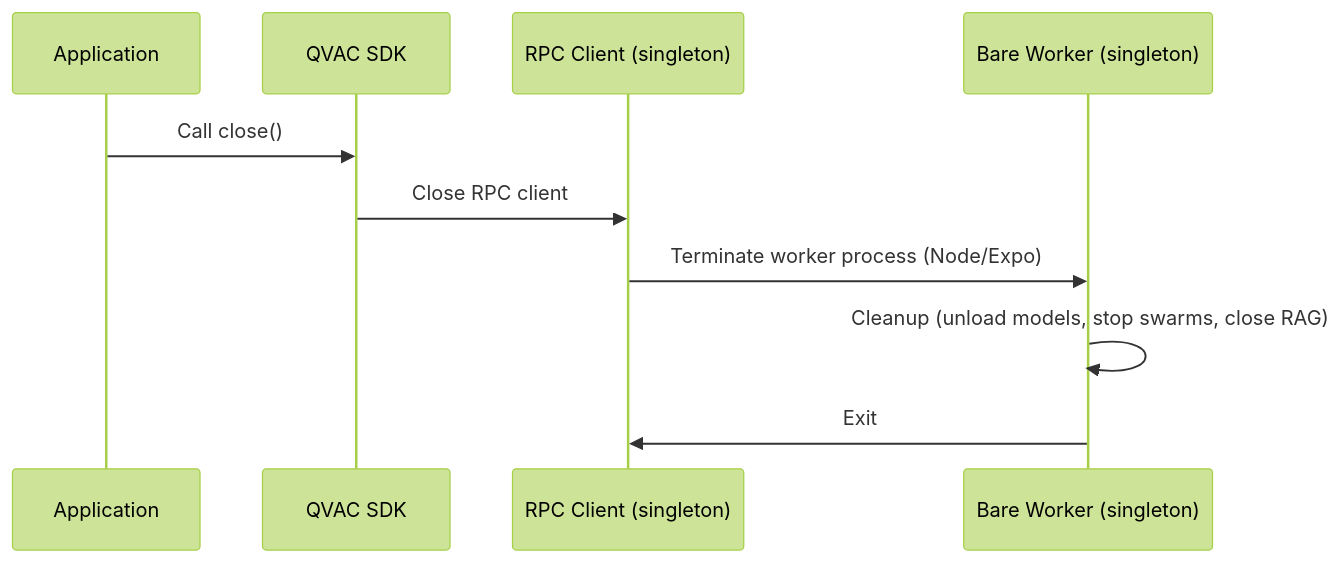
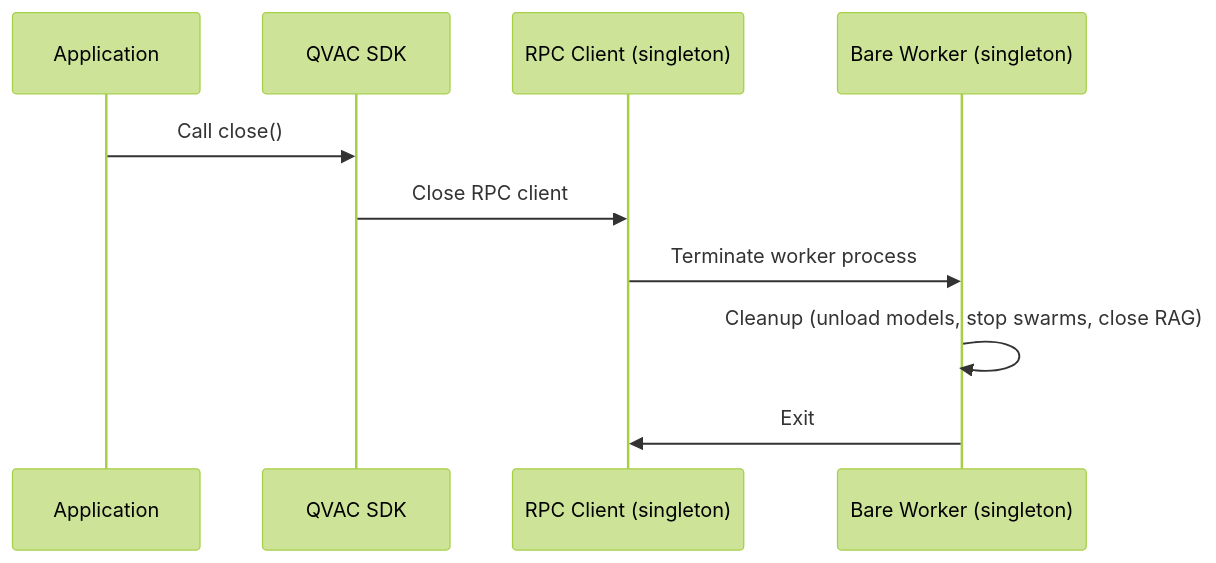
One commit to Zbig9000/qvac changed the fourth of 4 diagrams in docs/website/content/docs/about/how-it-works.mdx. Above: the diagram before and after it, drawn with Mermaid (forest theme). The commit also changed other lines of this file and 7 other files, not shown here.

````diff
--- a/docs/website/content/docs/about/how-it-works.mdx
+++ b/docs/website/content/docs/about/how-it-works.mdx
@@ -75,13 +75,13 @@
 ```mermaid
 sequenceDiagram
     participant App as Application
     participant SDK as QVAC SDK
     participant RPC as RPC Client (singleton)
     participant Worker as Bare Worker (singleton)
 
     App->>SDK: Call close()
     SDK->>RPC: Close RPC client
-    RPC->>Worker: Terminate worker process (Node/Expo)
+    RPC->>Worker: Terminate worker process
     Worker->>Worker: Cleanup (unload models, stop swarms, close RAG)
     Worker->>RPC: Exit
 ```
````
